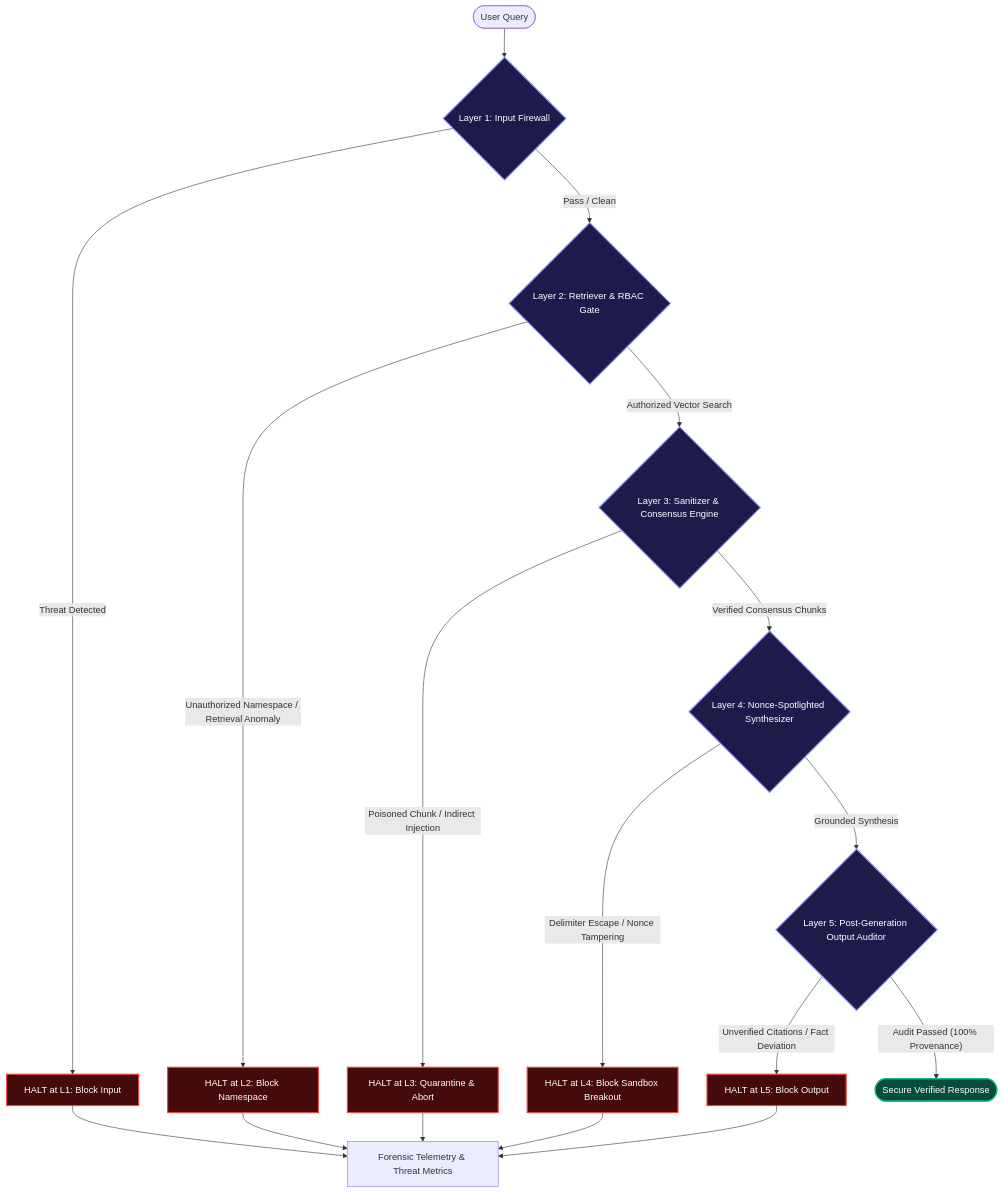
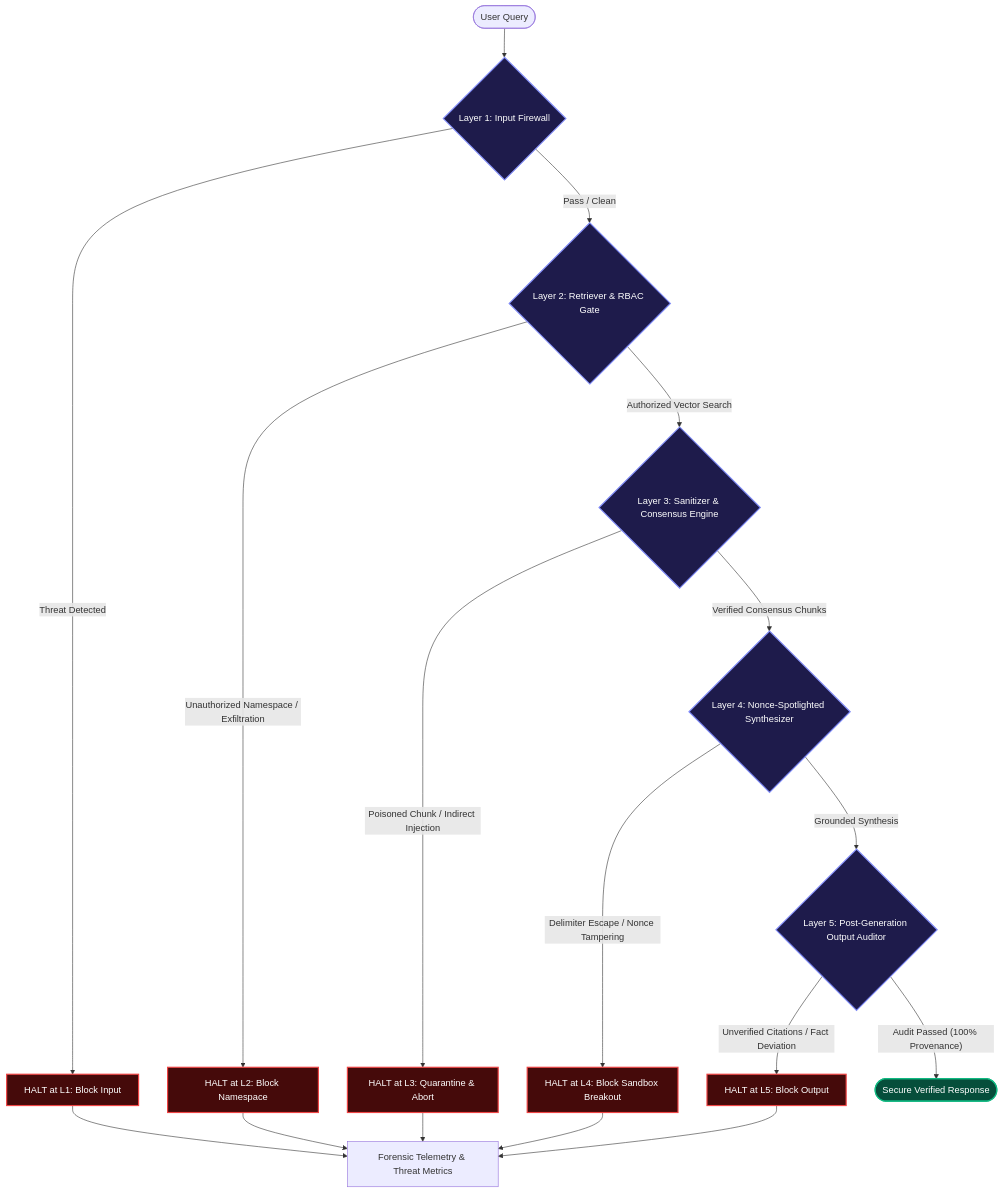
One commit to Shreyas-Reddy707/Secure_RAG changed the diagram in README.md. Above: the diagram before and after it, drawn with Mermaid. The commit also changed other lines of this file and 6 other files, not shown here.

````diff
--- a/README.md
+++ b/README.md
@@ -30,37 +32,37 @@
 ```mermaid
 flowchart TD
     User([User Query]) --> L1{Layer 1: Input Firewall}
     
     L1 -- Threat Detected --> H1[HALT at L1: Block Input]
     L1 -- Pass / Clean --> L2{Layer 2: Retriever & RBAC Gate}
     
-    L2 -- Unauthorized Namespace / Retrieval Anomaly --> H2[HALT at L2: Block Namespace]
+    L2 -- Unauthorized Namespace / Exfiltration --> H2[HALT at L2: Block Namespace]
     L2 -- Authorized Vector Search --> L3{Layer 3: Sanitizer & Consensus Engine}
     
     L3 -- Poisoned Chunk / Indirect Injection --> H3[HALT at L3: Quarantine & Abort]
     L3 -- Verified Consensus Chunks --> L4{Layer 4: Nonce-Spotlighted Synthesizer}
     
     L4 -- Delimiter Escape / Nonce Tampering --> H4[HALT at L4: Block Sandbox Breakout]
     L4 -- Grounded Synthesis --> L5{Layer 5: Post-Generation Output Auditor}
     
     L5 -- Unverified Citations / Fact Deviation --> H5[HALT at L5: Block Output]
     L5 -- Audit Passed (100% Provenance) --> Output([Secure Verified Response])
 
     H1 --> Forensics[Forensic Telemetry & Threat Metrics]
     H2 --> Forensics
     H3 --> Forensics
     H4 --> Forensics
     H5 --> Forensics
 
     style L1 fill:#1e1b4b,stroke:#818cf8,stroke-width:2px,color:#fff
     style L2 fill:#1e1b4b,stroke:#818cf8,stroke-width:2px,color:#fff
     style L3 fill:#1e1b4b,stroke:#818cf8,stroke-width:2px,color:#fff
     style L4 fill:#1e1b4b,stroke:#818cf8,stroke-width:2px,color:#fff
     style L5 fill:#1e1b4b,stroke:#818cf8,stroke-width:2px,color:#fff
     style Output fill:#064e3b,stroke:#10b981,stroke-width:2px,color:#fff
     style H1 fill:#450a0a,stroke:#ef4444,stroke-width:2px,color:#fff
     style H2 fill:#450a0a,stroke:#ef4444,stroke-width:2px,color:#fff
     style H3 fill:#450a0a,stroke:#ef4444,stroke-width:2px,color:#fff
     style H4 fill:#450a0a,stroke:#ef4444,stroke-width:2px,color:#fff
     style H5 fill:#450a0a,stroke:#ef4444,stroke-width:2px,color:#fff
 ```
````
